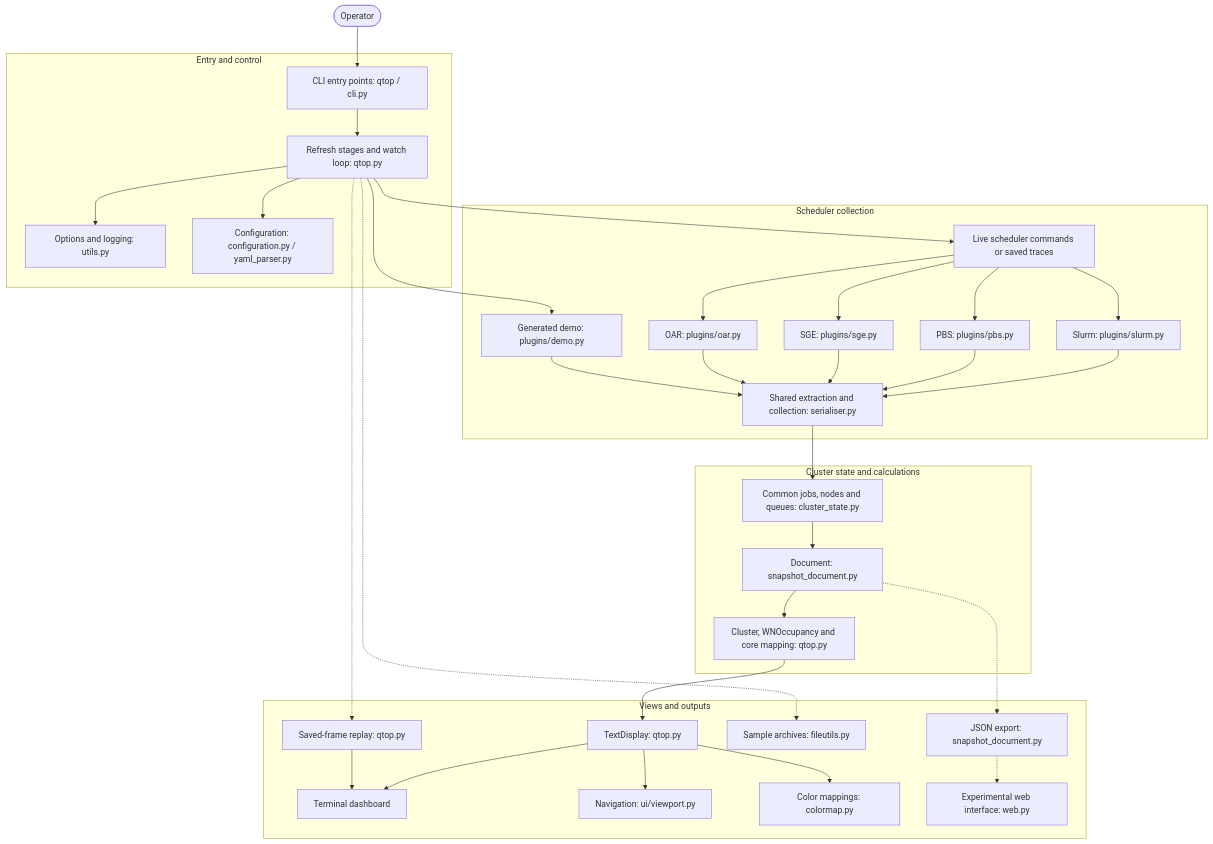
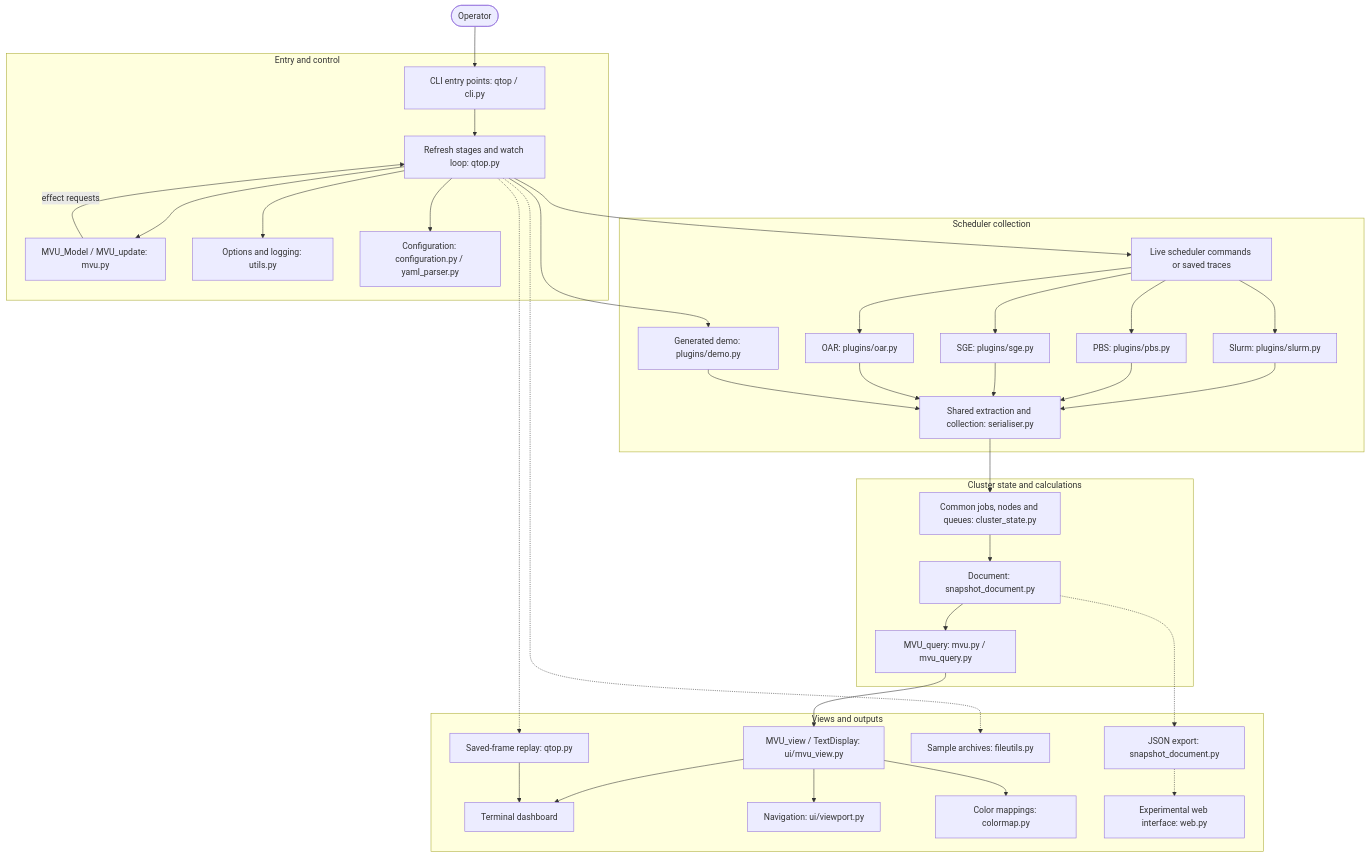
One commit to qtop/qtop changed the diagram in docs/architecture.md. Above: the diagram before and after it, drawn with Mermaid. The commit also changed other lines of this file and 10 other files, not shown here.

Commit message:
Refactor: (core) separate MVU model, update, query and view

````diff
--- a/docs/architecture.md
+++ b/docs/architecture.md
@@ -16,65 +16,68 @@
 ```mermaid
 flowchart TB
     operator([Operator])
 
     subgraph entry["Entry and control"]
         cli["CLI entry points: qtop / cli.py"]
         runtime["Refresh stages and watch loop: qtop.py"]
+        update["MVU_Model / MVU_update: mvu.py"]
+        runtime --> update
+        update -->|effect requests| runtime
         options["Options and logging: utils.py"]
         config["Configuration: configuration.py / yaml_parser.py"]
         cli --> runtime
         runtime --> options
         runtime --> config
     end
     operator --> cli
 
     subgraph collection["Scheduler collection"]
         files["Live scheduler commands or saved traces"]
         slurm["Slurm: plugins/slurm.py"]
         pbs["PBS: plugins/pbs.py"]
         sge["SGE: plugins/sge.py"]
         oar["OAR: plugins/oar.py"]
         demo["Generated demo: plugins/demo.py"]
         shared["Shared extraction and collection: serialiser.py"]
         files --> slurm
         files --> pbs
         files --> sge
         files --> oar
         slurm --> shared
         pbs --> shared
         sge --> shared
         oar --> shared
         demo --> shared
     end
     runtime --> files
     runtime --> demo
 
     subgraph state["Cluster state and calculations"]
         model["Common jobs, nodes and queues: cluster_state.py"]
         document["Document: snapshot_document.py"]
-        calculations["Cluster, WNOccupancy and core mapping: qtop.py"]
+        calculations["MVU_query: mvu.py / mvu_query.py"]
         model --> document
         document --> calculations
     end
     shared --> model
 
     subgraph outputs["Views and outputs"]
-        render["TextDisplay: qtop.py"]
+        render["MVU_view / TextDisplay: ui/mvu_view.py"]
         terminal["Terminal dashboard"]
         viewport["Navigation: ui/viewport.py"]
         colors["Color mappings: colormap.py"]
         json["JSON export: snapshot_document.py"]
         capture["Sample archives: fileutils.py"]
         replay["Saved-frame replay: qtop.py"]
         web["Experimental web interface: web.py"]
         render --> terminal
         render --> viewport
         render --> colors
         json -.-> web
         replay --> terminal
     end
     calculations --> render
     document -.-> json
     runtime -.-> capture
     runtime -.-> replay
 ```
````
